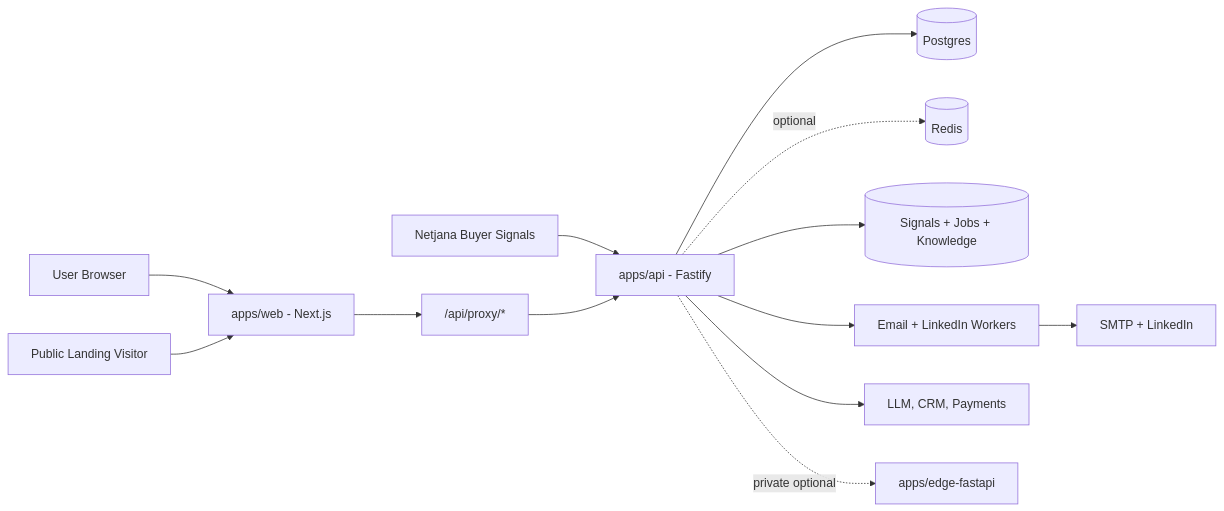
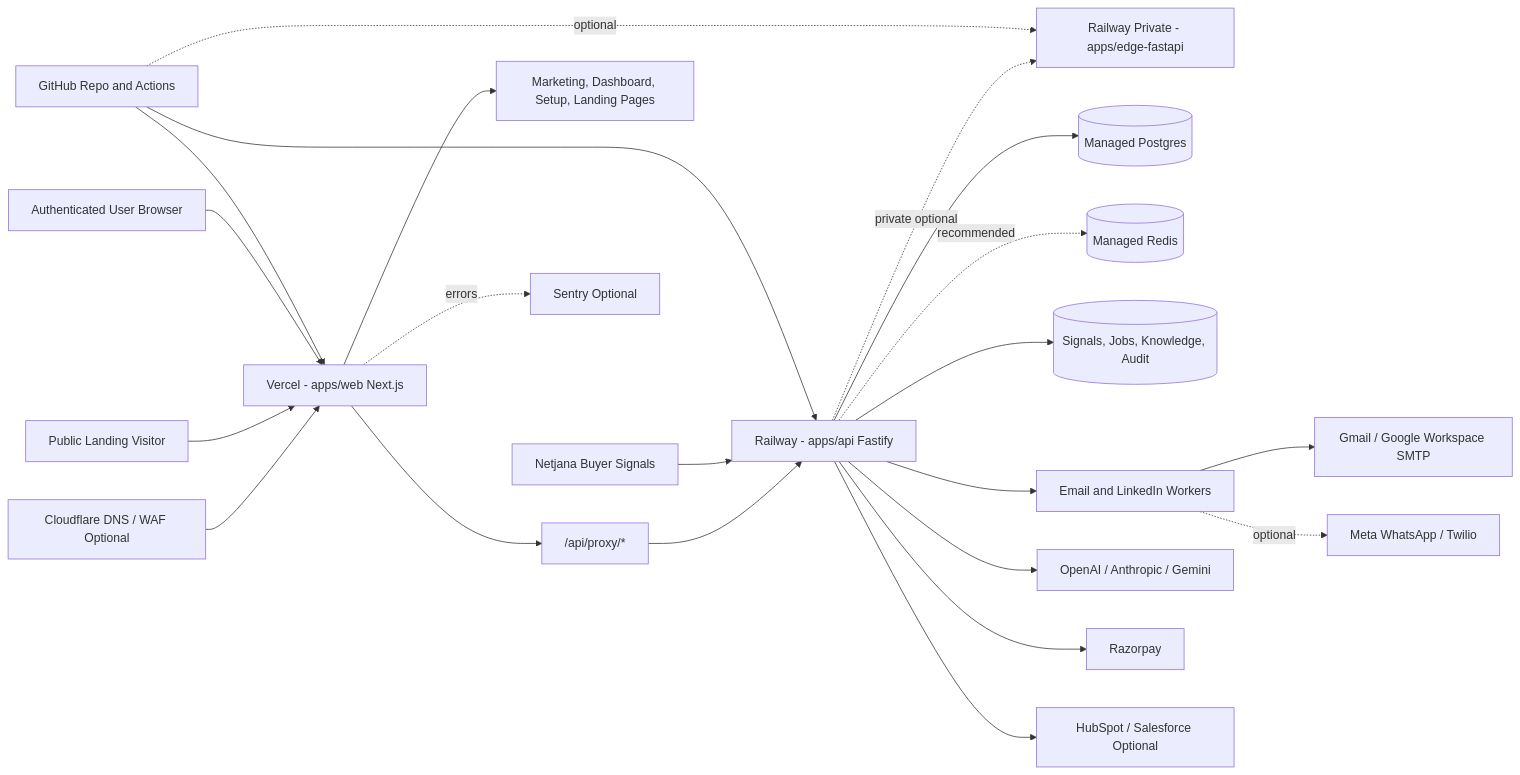
One commit to Convospanai-outreach/fullstack changed the diagram in README.md. Above: the diagram before and after it, drawn with Mermaid. The commit also changed 1 other file, not shown here.

Commit message:
docs: update architecture diagram and gmail smtp setup

````diff
--- a/README.md
+++ b/README.md
@@ -21,15 +21,28 @@
 ```mermaid
 flowchart LR
-    Browser[User Browser] --> Web[apps/web - Next.js]
-    Visitor[Public Landing Visitor] --> Web
-    Netjana[Netjana Buyer Signals] --> API[apps/api - Fastify]
-    Web --> Proxy["/api/proxy/*"]
-    Proxy --> API[apps/api - Fastify]
-    API --> Postgres[(Postgres)]
-    API -. optional .-> Redis[(Redis)]
-    API --> Signals[(Signals + Jobs + Knowledge)]
-    API --> Channels[Email + LinkedIn Workers]
-    API --> Providers[LLM, CRM, Payments]
-    Channels --> ChannelProviders[SMTP + LinkedIn]
-    API -. private optional .-> Edge[apps/edge-fastapi]
+    GitHub[GitHub Repo and Actions] --> Vercel[Vercel - apps/web Next.js]
+    GitHub --> RailwayAPI[Railway - apps/api Fastify]
+    GitHub -. optional .-> RailwayEdge[Railway Private - apps/edge-fastapi]
+
+    Browser[Authenticated User Browser] --> Vercel
+    Visitor[Public Landing Visitor] --> Vercel
+    Netjana[Netjana Buyer Signals] --> RailwayAPI
+
+    Vercel --> WebRoutes[Marketing, Dashboard, Setup, Landing Pages]
+    Vercel --> Proxy["/api/proxy/*"]
+    Proxy --> RailwayAPI
+
+    RailwayAPI --> Postgres[(Managed Postgres)]
+    RailwayAPI -. recommended .-> Redis[(Managed Redis)]
+    RailwayAPI --> Signals[(Signals, Jobs, Knowledge, Audit)]
+    RailwayAPI --> Channels[Email and LinkedIn Workers]
+    RailwayAPI --> AI[OpenAI / Anthropic / Gemini]
+    RailwayAPI --> Billing[Razorpay]
+    RailwayAPI --> CRM[HubSpot / Salesforce Optional]
+    RailwayAPI -. private optional .-> RailwayEdge
+
+    Channels --> GmailSMTP[Gmail / Google Workspace SMTP]
+    Channels -. optional .-> WhatsApp[Meta WhatsApp / Twilio]
+    Vercel -. errors .-> Sentry[Sentry Optional]
+    Cloudflare[Cloudflare DNS / WAF Optional] --> Vercel
 ```
````
